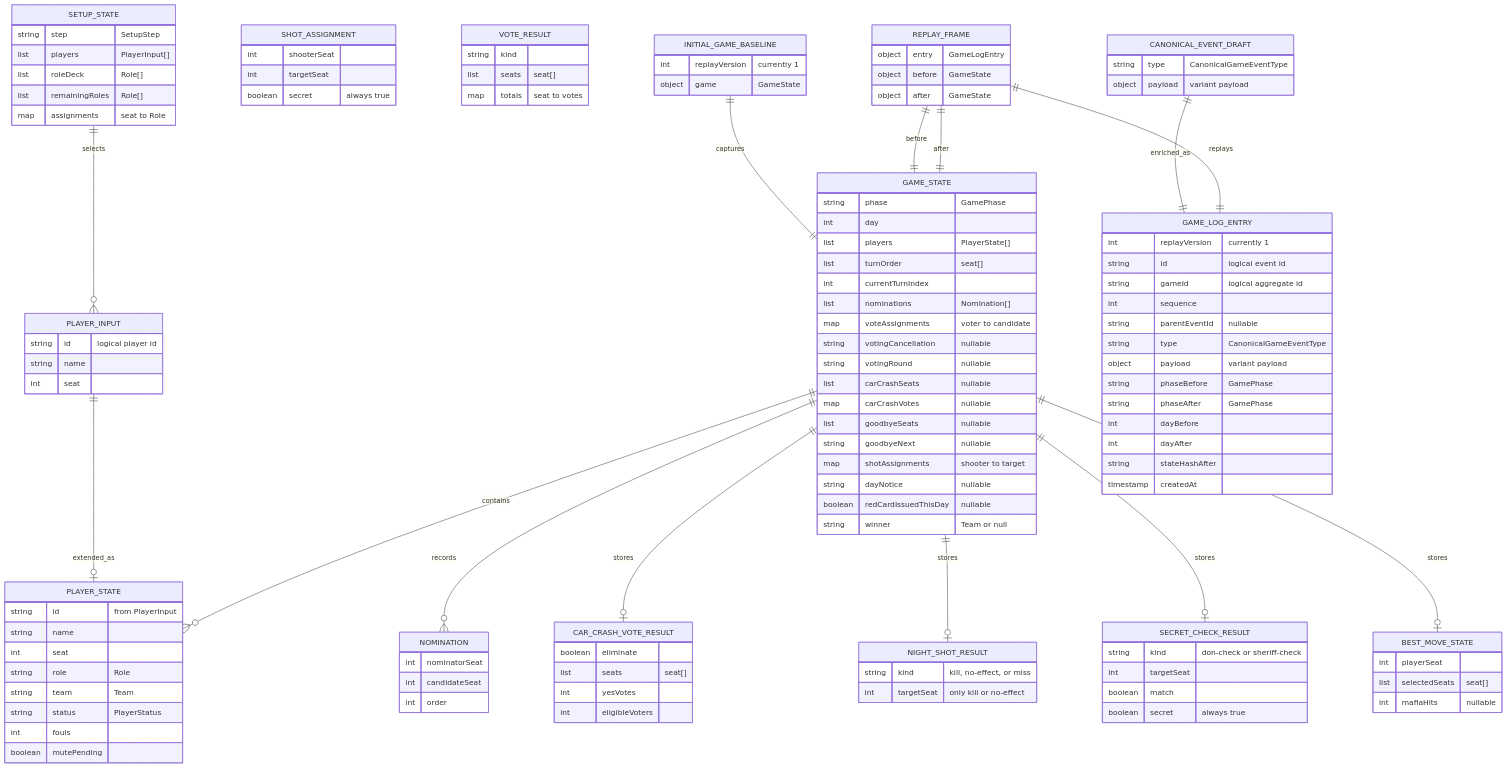
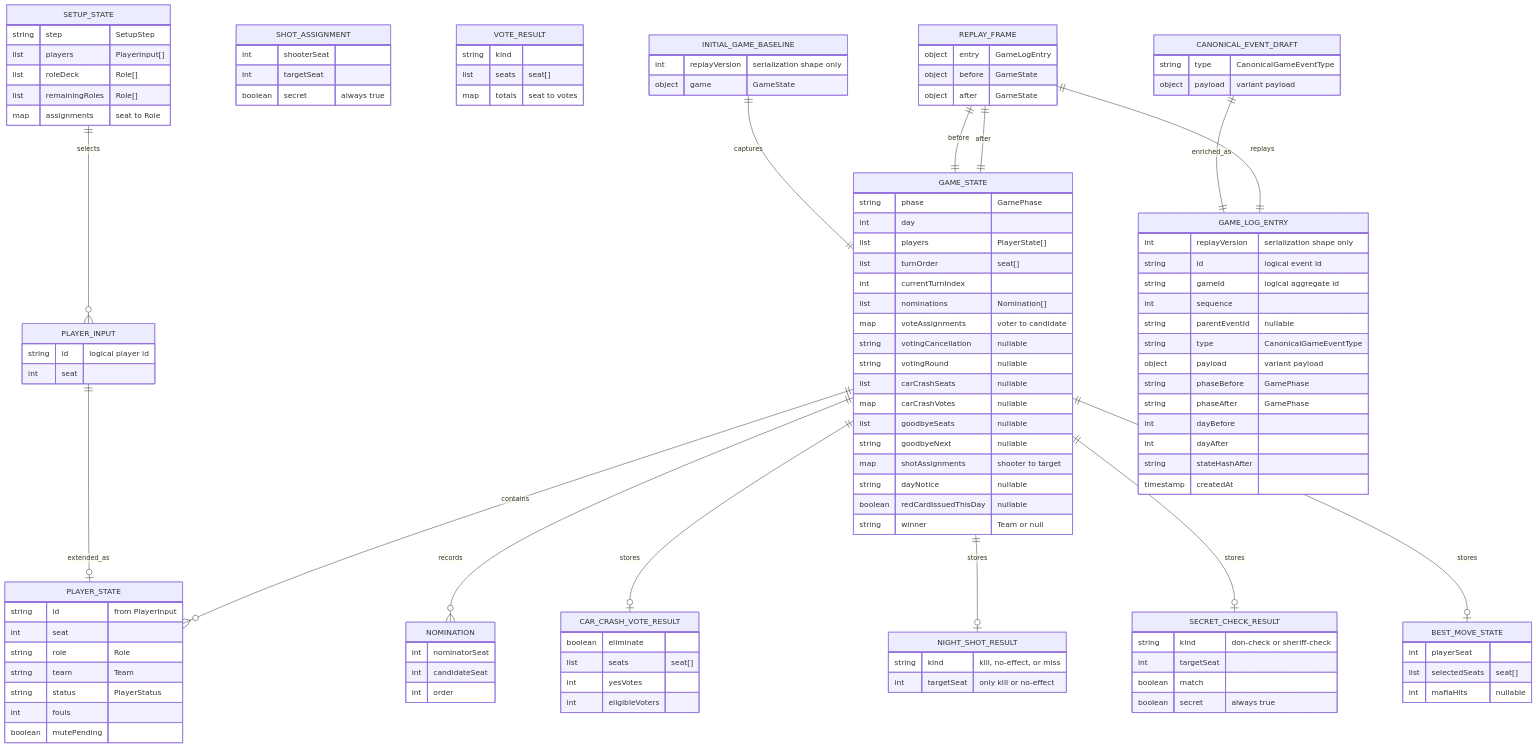
The first of 2 diagrams in docs/entity-model.md (zemskovmm/mafia-dashboard), drawn with Mermaid before and after one commit. The commit also changed other lines of this file and 259 other files, not shown here.

```diff
--- a/docs/entity-model.md
+++ b/docs/entity-model.md
@@ -273,7 +44,6 @@
 erDiagram
     PLAYER_INPUT {
         string id "logical player id"
-        string name
         int seat
     }
 
@@ -287,7 +57,6 @@
 
     PLAYER_STATE {
         string id "from PlayerInput"
-        string name
         int seat
         string role "Role"
         string team "Team"
@@ -360,7 +129,7 @@
     }
 
     INITIAL_GAME_BASELINE {
-        int replayVersion "currently 1"
+        int replayVersion "serialization shape only"
         object game "GameState"
     }
 
@@ -370,7 +139,7 @@
     }
 
     GAME_LOG_ENTRY {
-        int replayVersion "currently 1"
+        int replayVersion "serialization shape only"
         string id "logical event id"
         string gameId "logical aggregate id"
         int sequence
```
